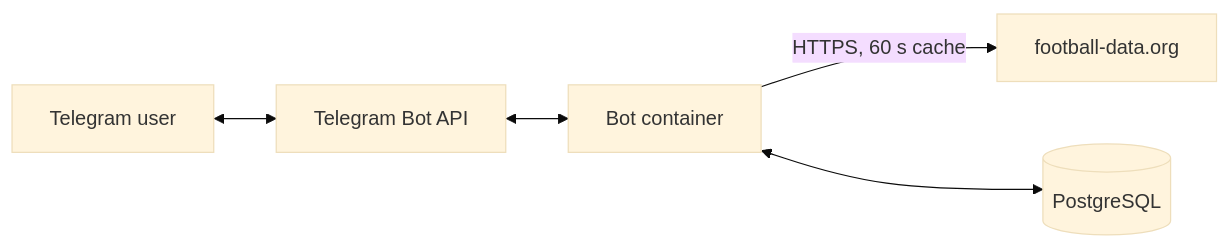
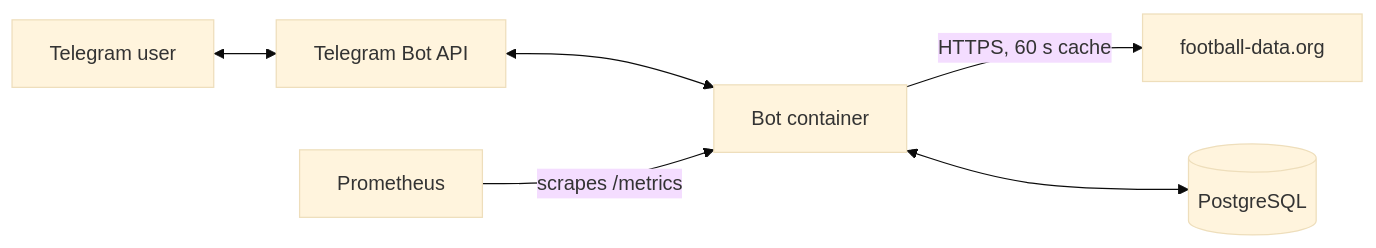
The diagram in README.md (Qahramon1412/goalzone), drawn with Mermaid (base theme) before and after one commit. The commit also changed other lines of this file, not shown here.

Commit message:
docs: add monitoring section and update roadmap

````diff
--- a/README.md
+++ b/README.md
@@ -22,7 +22,8 @@
 ```mermaid
 flowchart LR
     U[Telegram user] <--> T[Telegram Bot API]
     T <--> B[Bot container]
     B -->|HTTPS, 60 s cache| F[football-data.org]
     B <--> D[(PostgreSQL)]
+    P[Prometheus] -->|scrapes /metrics| B
 ```
````
